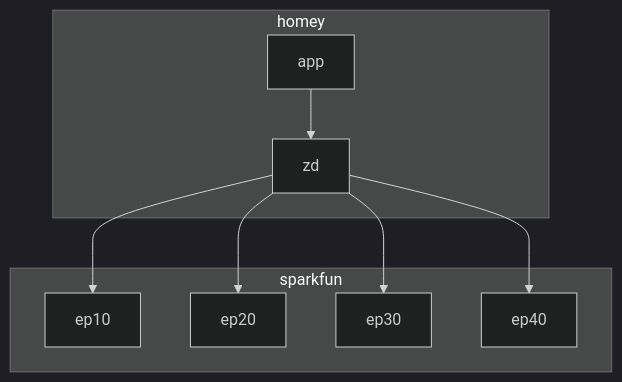
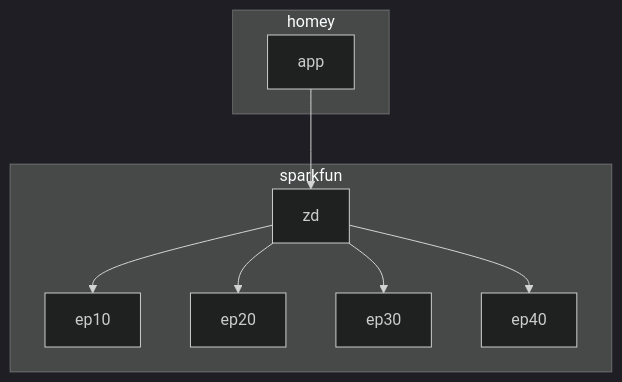
The diagram in doc/README.md (dnulnets/greenhouse), drawn with Mermaid (dark theme) before and after one commit.

Commit message:
Updated zigbee model

````diff
--- a/doc/README.md
+++ b/doc/README.md
@@ -5,13 +5,14 @@
 ```mermaid
 flowchart TB
     subgraph homey
-    app-->zd
+    app
     end
     subgraph sparkfun
     zd
     zd-->ep10
     zd-->ep20
     zd-->ep30
     zd-->ep40
     end
+    app-->zd
 ```
````
